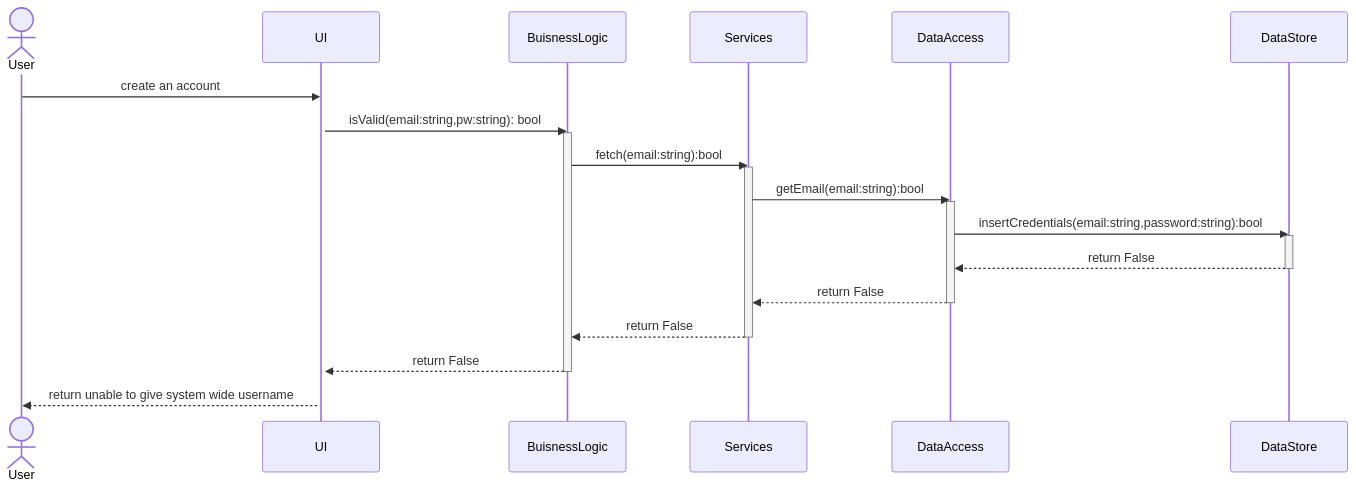
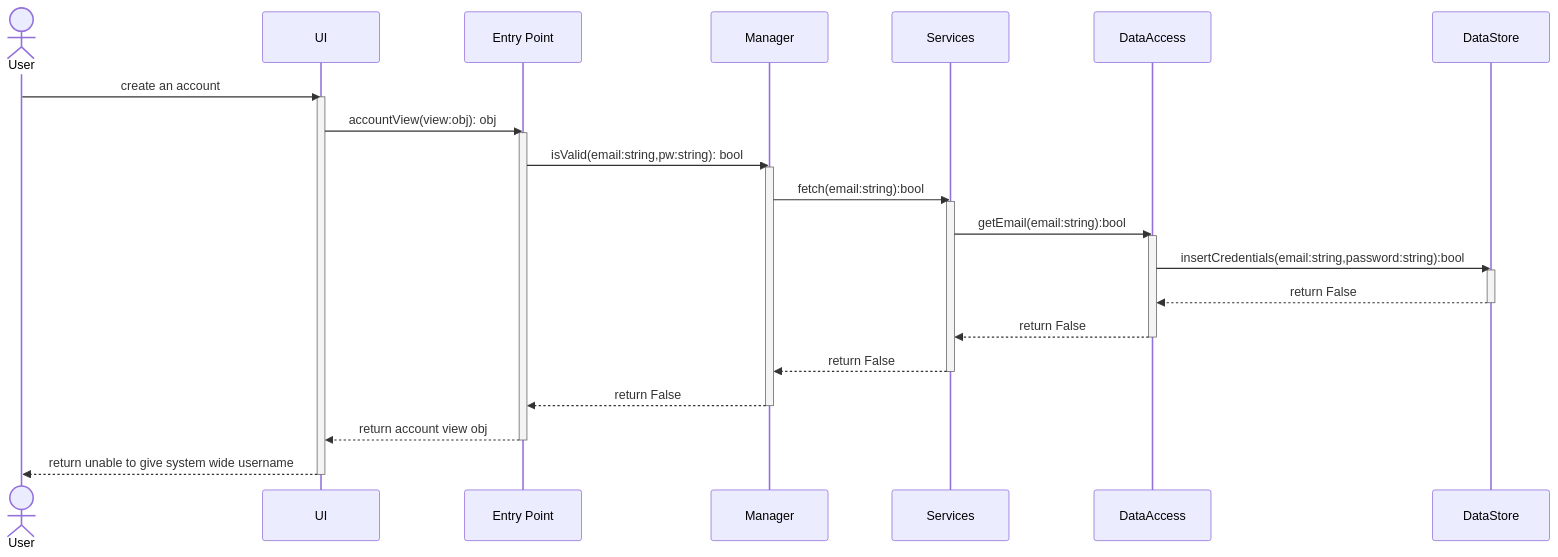
Before and after one commit to JosephArmas/cecs-491A-Team-Big-Data: the diagram in milestone 2/low level design/registration/failures/v2/account/account_system_unavailable_username.md, drawn with Mermaid. The commit also changed 6 other files, not shown here.

Commit message:
added entry point to all diagrams

````diff
--- a/milestone 2/low level design/registration/failures/v2/account/account_system_unavailable_username.md
+++ b/milestone 2/low level design/registration/failures/v2/account/account_system_unavailable_username.md
@@ -2,23 +2,28 @@
 ```mermaid
 sequenceDiagram
     actor User
     User ->> UI: create an account 
     activate UI 
-    UI ->> BuisnessLogic: isValid(email:string,pw:string): bool
-    activate BuisnessLogic
-    BuisnessLogic ->> Services: fetch(email:string):bool
+    UI ->> Entry Point: accountView(view:obj): obj
+    activate Entry Point
+    Entry Point ->> Manager: isValid(email:string,pw:string): bool
+    activate Manager
+    Manager ->> Services: fetch(email:string):bool
     activate Services
     Services ->> DataAccess: getEmail(email:string):bool 
     activate DataAccess
     DataAccess ->> DataStore: insertCredentials(email:string,password:string):bool
     activate DataStore
     DataStore -->> DataAccess: return False
     deactivate DataStore
     DataAccess -->> Services: return False
     deactivate DataAccess
-    Services -->> BuisnessLogic: return False
+    Services -->> Manager: return False
     deactivate Services
-    BuisnessLogic -->> UI: return False
-    deactivate BuisnessLogic
+    Manager -->> Entry Point: return False
+    deactivate Manager
+    Entry Point -->> UI: return account view obj
+    deactivate Entry Point
     UI -->> User: return unable to give system wide username
+    deactivate UI
 ```
````
